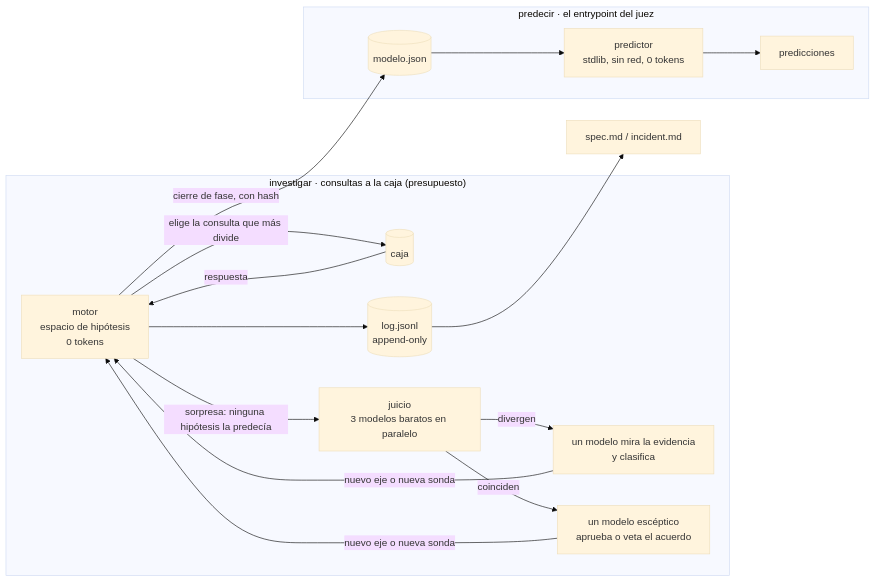
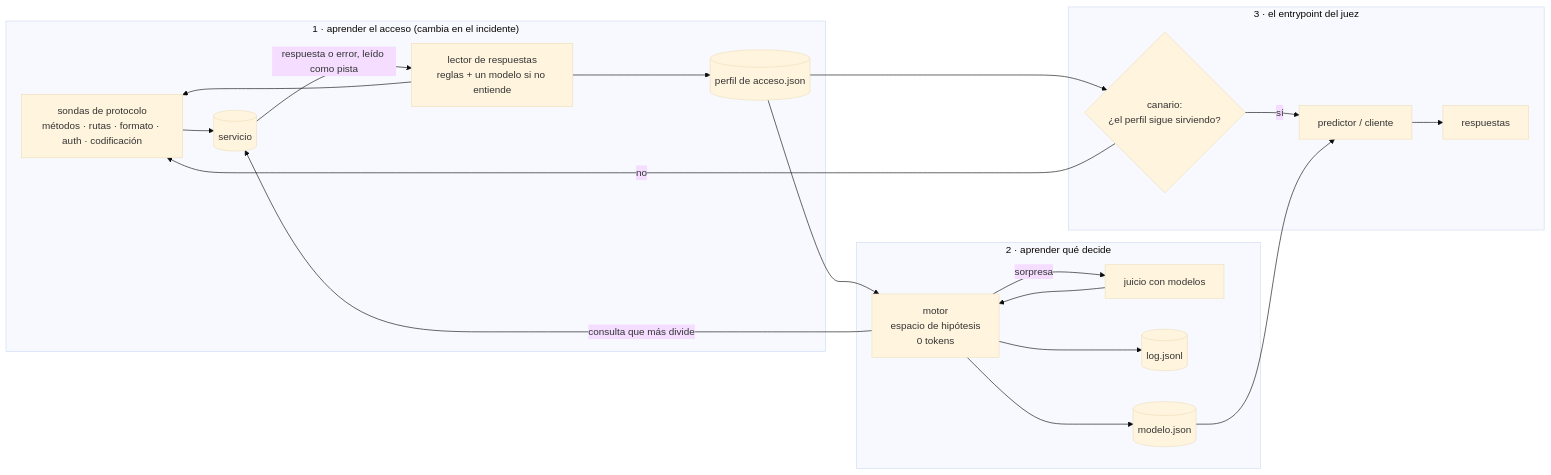
One commit to rominapitronello/frontier-bog26-caja-negra changed the diagram in DISENO.md. Above: the diagram before and after it, drawn with Mermaid (base theme). The commit also changed other lines of this file and 1 other file, not shown here.

Commit message:
diseño: dos cajas negras, cómo se le habla y qué decide; el acceso se aprende
romina resumió el brief: 5 ejemplos, ~100 tests ocultos, un servicio sin
documentación con un acceso que no es el común, y el incidente cambia el
acceso. el sistema tiene que aprender del entorno, no memorizarlo.

DISENO.md: § 0 con lo que sabemos (marcado como resumen, el brief manda);
la arquitectura pasa a tres capas; D0 (el acceso como perfil aprendido,
no como cliente escrito a mano) y D0b (canario antes de cada lote, y si
falla se re-descubre). D1 queda en riesgo si el entrypoint tiene que
hablar con el servicio. ESTADO: este repo es el de competencia.

Claude-Session: https://claude.ai/code/session_01MD7hzHJT22ntB2RKCY7mwt

````diff
--- a/DISENO.md
+++ b/DISENO.md
@@ -37,17 +46,23 @@
 ```mermaid
 flowchart LR
-  subgraph investigar["investigar · consultas a la caja (presupuesto)"]
-    M[motor<br/>espacio de hipótesis<br/>0 tokens] -->|elige la consulta que más divide| C[(caja)]
-    C -->|respuesta| M
-    M -->|sorpresa: ninguna hipótesis la predecía| J[juicio<br/>3 modelos baratos en paralelo]
-    J -->|divergen| V[un modelo mira la evidencia<br/>y clasifica]
-    J -->|coinciden| E[un modelo escéptico<br/>aprueba o veta el acuerdo]
-    V & E -->|nuevo eje o nueva sonda| M
-    M --> L[(log.jsonl<br/>append-only)]
+  subgraph acceso["1 · aprender el acceso (cambia en el incidente)"]
+    SO[sondas de protocolo<br/>métodos · rutas · formato · auth · codificación] --> SV[(servicio)]
+    SV -->|respuesta o error, leído como pista| LE[lector de respuestas<br/>reglas + un modelo si no entiende]
+    LE --> SO
+    LE --> PA[(perfil de acceso.json)]
   end
-  M -->|cierre de fase, con hash| MOD[(modelo.json)]
-  subgraph predecir["predecir · el entrypoint del juez"]
-    MOD --> P[predictor<br/>stdlib, sin red, 0 tokens] --> S[predicciones]
+  subgraph comportamiento["2 · aprender qué decide"]
+    PA --> M[motor<br/>espacio de hipótesis<br/>0 tokens]
+    M -->|consulta que más divide| SV
+    M -->|sorpresa| J[juicio con modelos]
+    J --> M
+    M --> L[(log.jsonl)]
+    M --> MOD[(modelo.json)]
   end
-  L --> SP[spec.md / incident.md]
+  subgraph responder["3 · el entrypoint del juez"]
+    CK{canario:<br/>¿el perfil sigue sirviendo?} -->|sí| P[predictor / cliente]
+    CK -->|no| SO
+    PA --> CK
+    MOD --> P --> S[respuestas]
+  end
 ```
````
